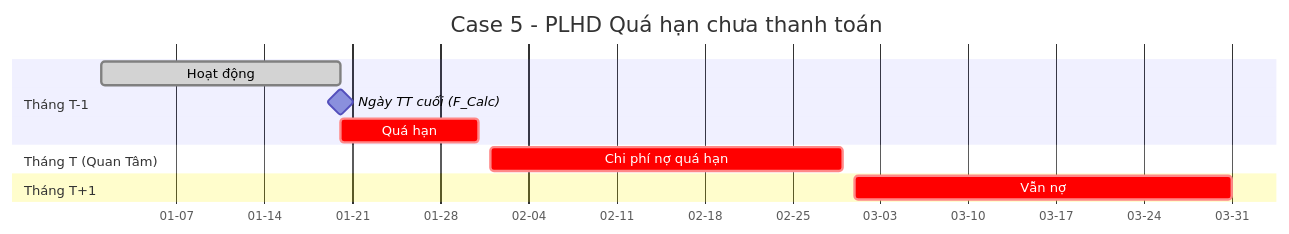
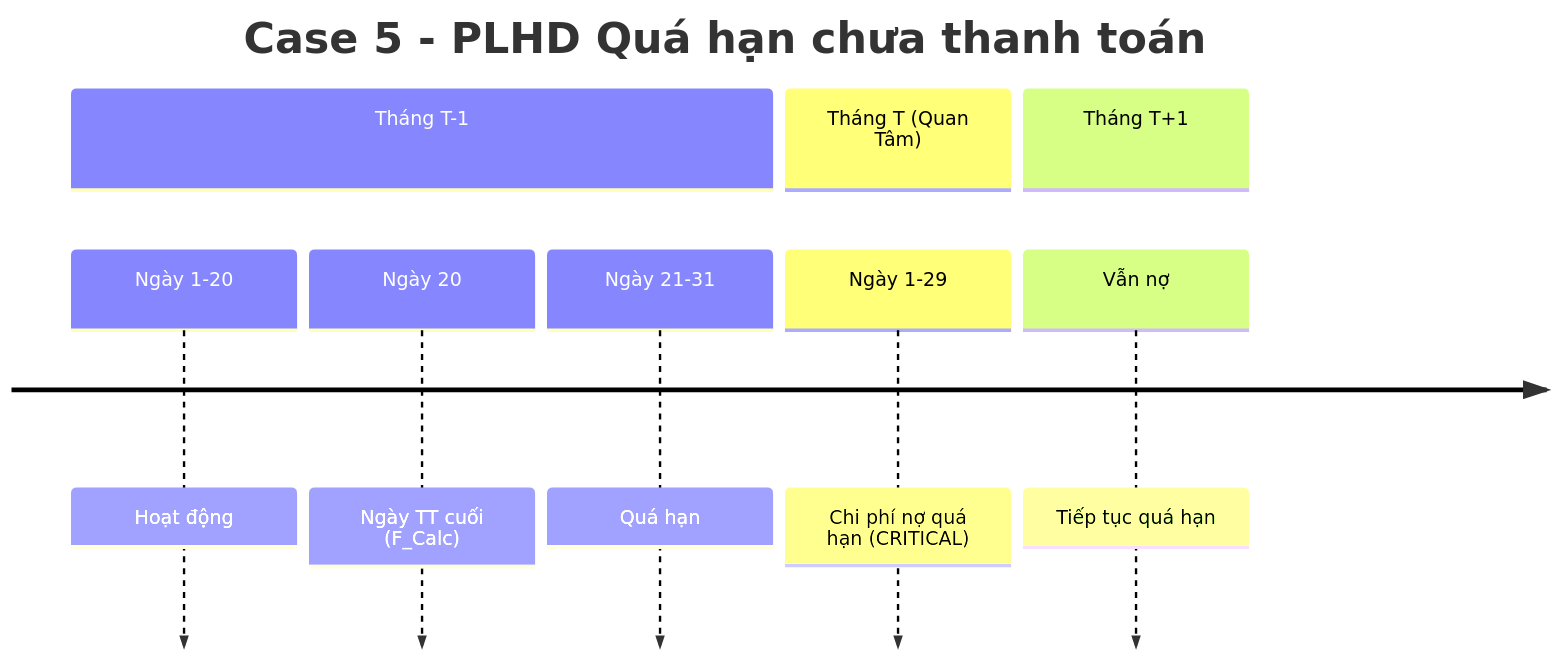
The sixth of 9 diagrams in description_v2.md (gvkth/qlbts_analyze_2o2adj-), drawn with Mermaid before and after one commit. The commit also changed other lines of this file, not shown here.

Commit message:
Update Gantt chart descriptions and conditions

````diff
--- a/description_v2.md
+++ b/description_v2.md
@@ -189,17 +181,15 @@
 ```mermaid
-gantt
+timeline
     title Case 5 - PLHD Quá hạn chưa thanh toán
-    dateFormat YYYY-MM-DD
-    axisFormat %m-%d
     
     section Tháng T-1
-    Hoạt động               :done, prev-month, 2024-01-01, 2024-01-20
-    Ngày TT cuối (F_Calc)   :milestone, payment-calc, 2024-01-20, 0d
-    Quá hạn                 :crit, overdue, 2024-01-20, 2024-01-31
+        Ngày 1-20 : Hoạt động
+        Ngày 20 : Ngày TT cuối (F_Calc)
+        Ngày 21-31 : Quá hạn
     
     section Tháng T (Quan Tâm)
-    Chi phí nợ quá hạn      :crit, overdue-cost, 2024-02-01, 2024-02-29
+        Ngày 1-29 : Chi phí nợ quá hạn (CRITICAL)
     
     section Tháng T+1
-    Vẫn nợ                  :crit, still-overdue, 2024-03-01, 2024-03-31
+        Vẫn nợ : Tiếp tục quá hạn
 ```
````
